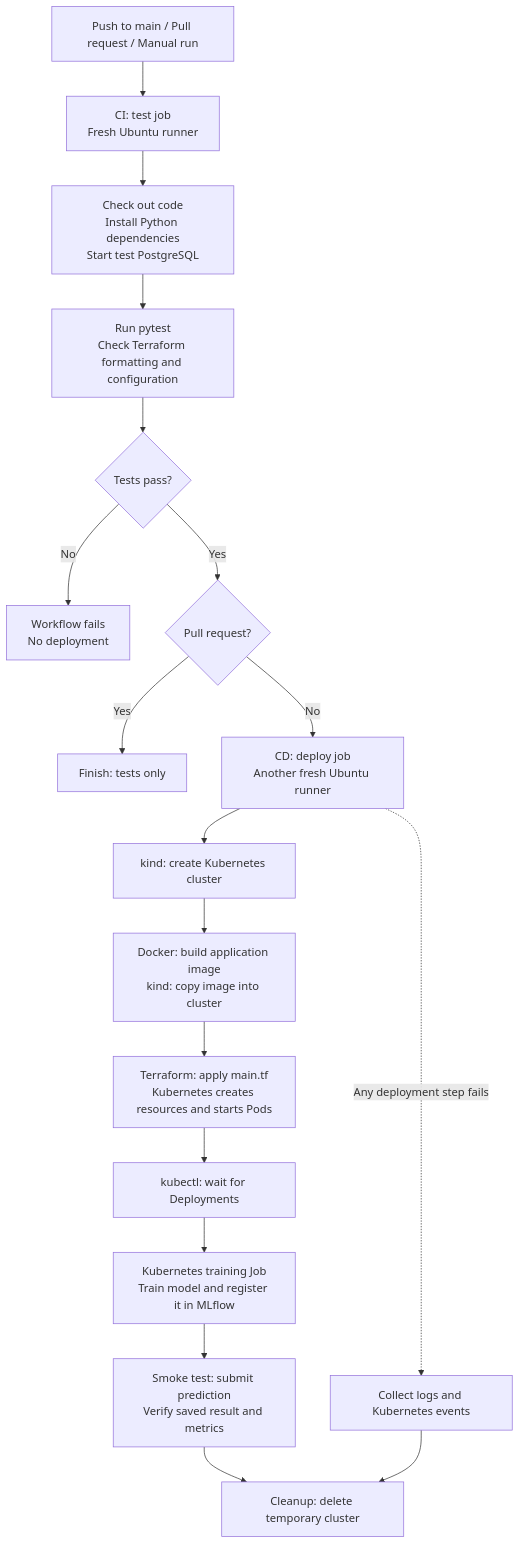
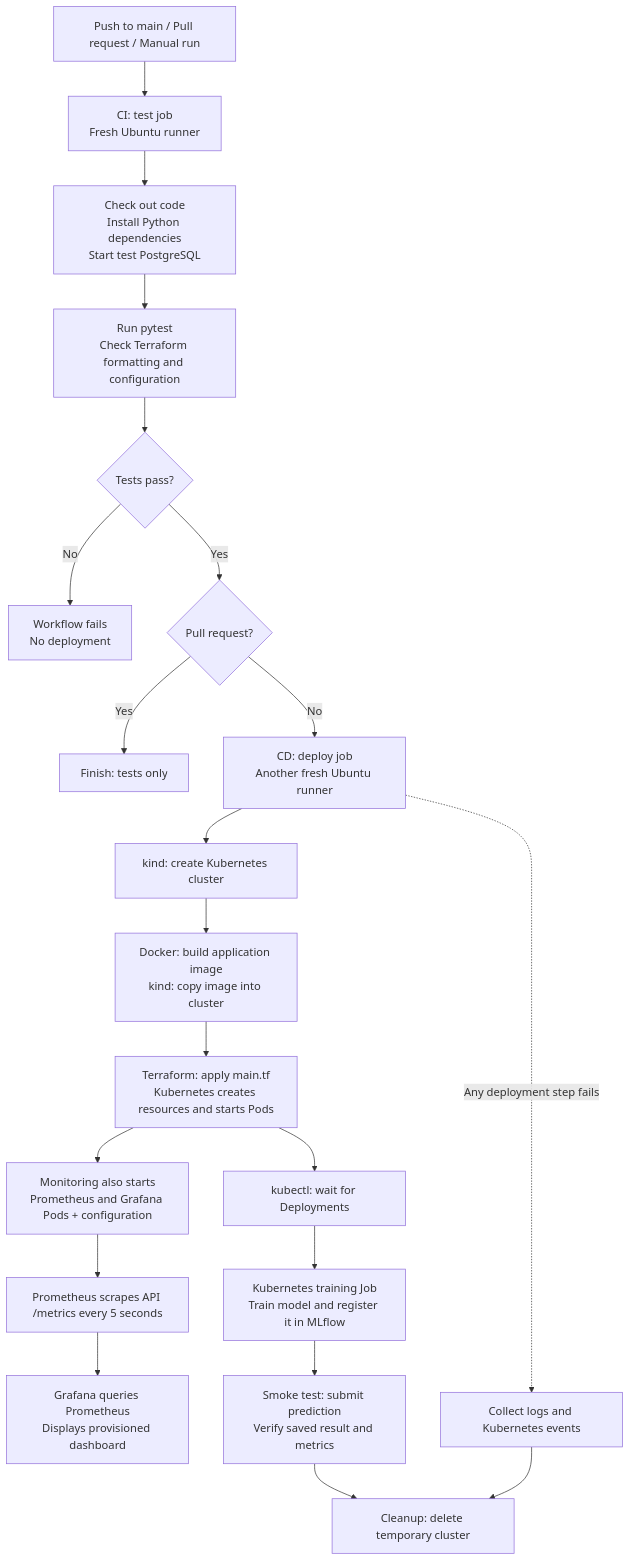
One commit to jimwangllm-agentic/mini-mlops changed the first of 2 diagrams in docs/CI-CD-WALKTHROUGH.md. Above: the diagram before and after it, drawn with Mermaid. The commit also changed other lines of this file and 1 other file, not shown here.

Commit message:
Add monitoring flow and configuration to CI/CD walkthrough

````diff
--- a/docs/CI-CD-WALKTHROUGH.md
+++ b/docs/CI-CD-WALKTHROUGH.md
@@ -13,20 +13,23 @@
 ```mermaid
 flowchart TD
     A["Push to main / Pull request / Manual run"] --> B["CI: test job<br/>Fresh Ubuntu runner"]
     B --> C["Check out code<br/>Install Python dependencies<br/>Start test PostgreSQL"]
     C --> D["Run pytest<br/>Check Terraform formatting and configuration"]
     D --> E{"Tests pass?"}
     E -->|No| F["Workflow fails<br/>No deployment"]
     E -->|Yes| G{"Pull request?"}
     G -->|Yes| H["Finish: tests only"]
     G -->|No| I["CD: deploy job<br/>Another fresh Ubuntu runner"]
     I --> J["kind: create Kubernetes cluster"]
     J --> K["Docker: build application image<br/>kind: copy image into cluster"]
     K --> L["Terraform: apply main.tf<br/>Kubernetes creates resources and starts Pods"]
     L --> M["kubectl: wait for Deployments"]
+    L --> R["Monitoring also starts<br/>Prometheus and Grafana Pods + configuration"]
+    R --> S["Prometheus scrapes API /metrics every 5 seconds"]
+    S --> T["Grafana queries Prometheus<br/>Displays provisioned dashboard"]
     M --> N["Kubernetes training Job<br/>Train model and register it in MLflow"]
     N --> O["Smoke test: submit prediction<br/>Verify saved result and metrics"]
     O --> P["Cleanup: delete temporary cluster"]
     I -. "Any deployment step fails" .-> Q["Collect logs and Kubernetes events"]
     Q --> P
 ```
````
